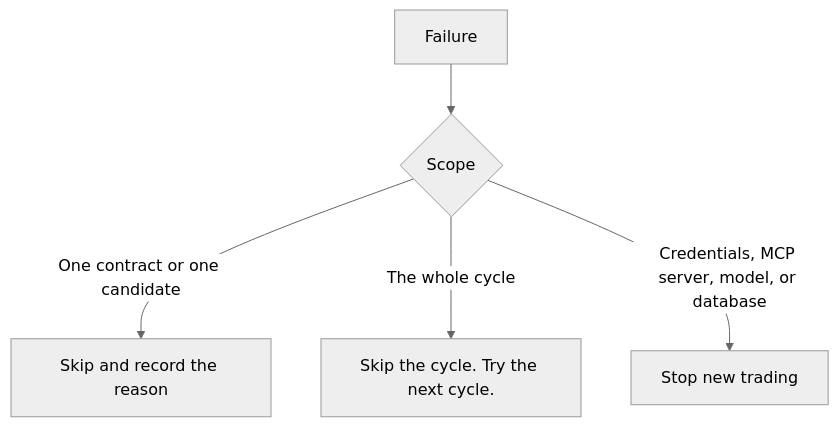
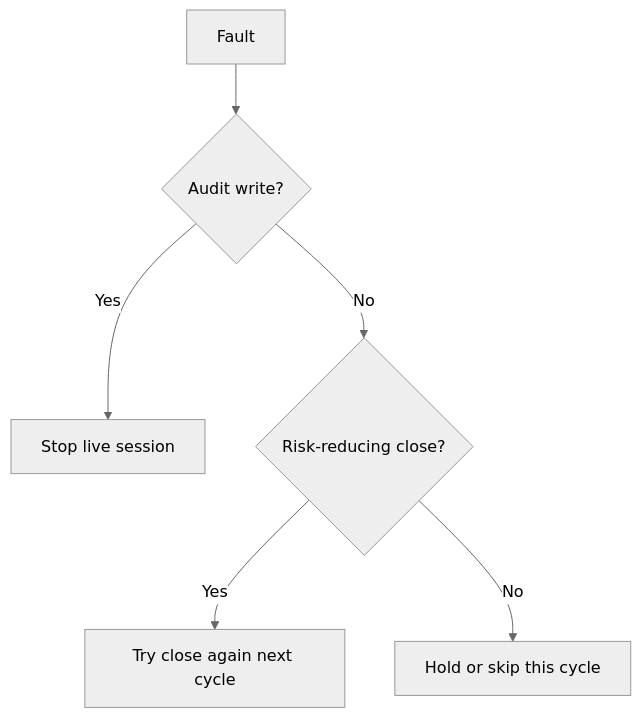
Before and after one commit to xakpc/Alpaca.NoIdea: the diagram in .lode/operations/fault-handling.md, drawn with Mermaid (neutral theme). The commit also changed other lines of this file and 99 other files, not shown here.

````diff
--- a/.lode/operations/fault-handling.md
+++ b/.lode/operations/fault-handling.md
@@ -28,7 +7,8 @@
 ```mermaid
 flowchart TD
-    F[Failure] --> A{Scope}
-    A -->|One contract or one candidate| S[Skip and record the reason]
-    A -->|The whole cycle| C[Skip the cycle. Try the next cycle.]
-    A -->|Credentials, MCP server, model, or database| T[Stop new trading]
+    F[Fault] --> Q{Audit write?}
+    Q -->|Yes| S[Stop live session]
+    Q -->|No| R{Risk-reducing close?}
+    R -->|Yes| C[Try close again next cycle]
+    R -->|No| H[Hold or skip this cycle]
 ```
````
